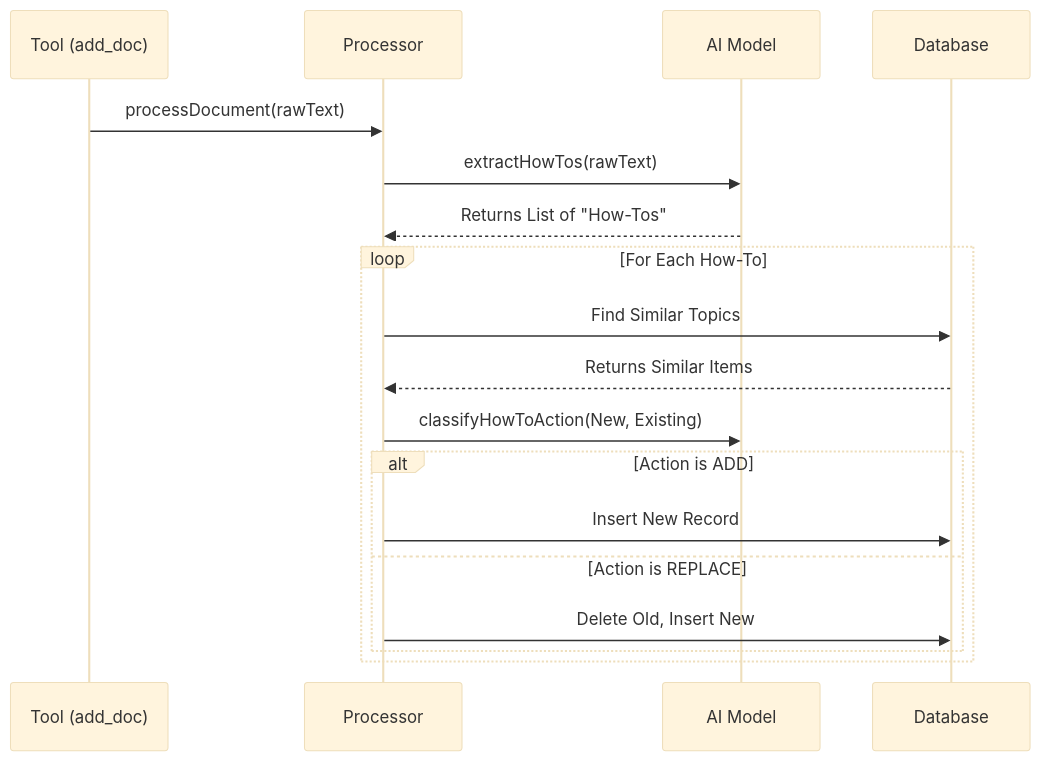
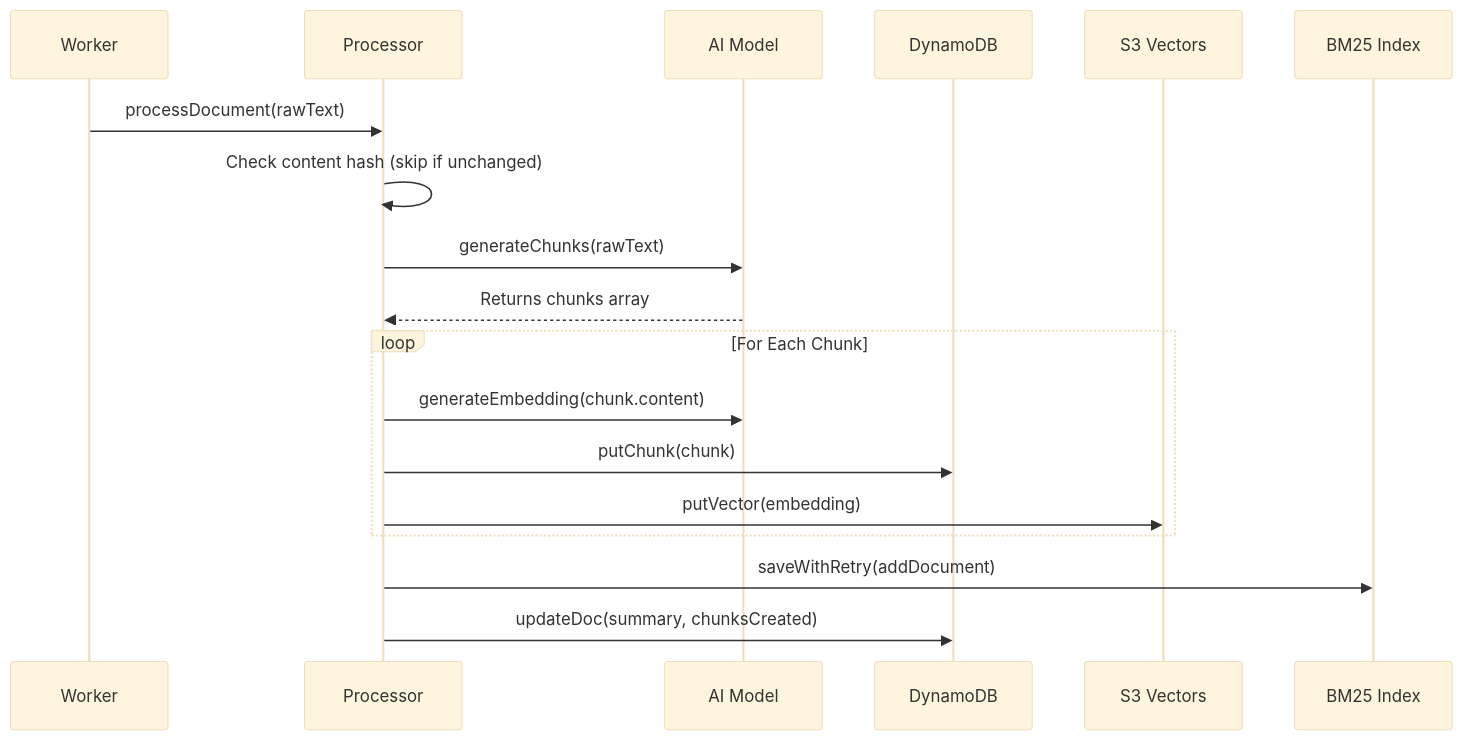
Before and after one commit to ai-1st/memory-mcp: the diagram in intro/03_ai_knowledge_processor_.md, drawn with Mermaid (base theme). The commit also changed other lines of this file and 7 other files, not shown here.

````diff
--- a/intro/03_ai_knowledge_processor_.md
+++ b/intro/03_ai_knowledge_processor_.md
@@ -114,23 +101,23 @@
 ```mermaid
 sequenceDiagram
-    participant Tool as Tool (add_doc)
+    participant W as Worker
     participant P as Processor
     participant AI as AI Model
-    participant DB as Database
+    participant DB as DynamoDB
+    participant S3V as S3 Vectors
+    participant BM25 as BM25 Index
 
-    Tool->>P: processDocument(rawText)
-    P->>AI: extractHowTos(rawText)
-    AI-->>P: Returns List of "How-Tos"
+    W->>P: processDocument(rawText)
+    P->>P: Check content hash (skip if unchanged)
+    P->>AI: generateChunks(rawText)
+    AI-->>P: Returns chunks array
     
-    loop For Each How-To
-        P->>DB: Find Similar Topics
-        DB-->>P: Returns Similar Items
-        P->>AI: classifyHowToAction(New, Existing)
-        
-        alt Action is ADD
-            P->>DB: Insert New Record
-        else Action is REPLACE
-            P->>DB: Delete Old, Insert New
-        end
+    loop For Each Chunk
+        P->>AI: generateEmbedding(chunk.content)
+        P->>DB: putChunk(chunk)
+        P->>S3V: putVector(embedding)
     end
+    
+    P->>BM25: saveWithRetry(addDocument)
+    P->>DB: updateDoc(summary, chunksCreated)
 ```
````
